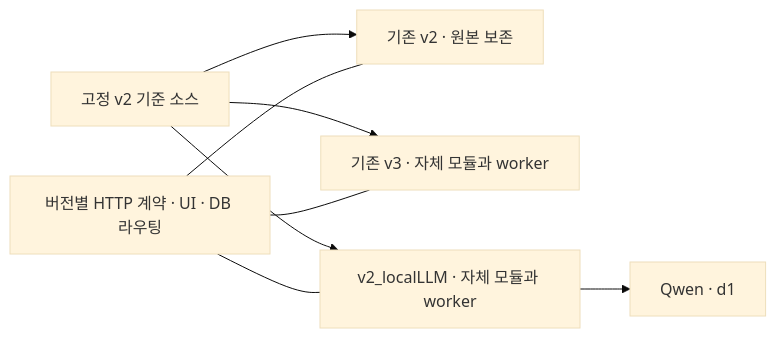
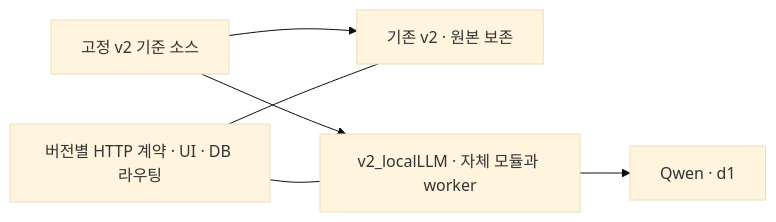
Before and after one commit to SJU-Capstone-2026/K-PLASMA-Analysis-Agent: the first of 4 diagrams in docs/plans/2026-11-12-001-feat-v2-local-llm-plan.md, drawn with Mermaid (base theme). The commit also changed other lines of this file and 181 other files, not shown here.

````diff
--- a/docs/plans/2026-11-12-001-feat-v2-local-llm-plan.md
+++ b/docs/plans/2026-11-12-001-feat-v2-local-llm-plan.md
@@ -133,10 +132,8 @@
 ```mermaid
 flowchart LR
   BASE[고정 v2 기준 소스] --> V2[기존 v2 · 원본 보존]
-  BASE --> V3[기존 v3 · 자체 모듈과 worker]
   BASE --> LOCAL[v2_localLLM · 자체 모듈과 worker]
   LOCAL --> MODELS[Qwen · d1]
   PLATFORM[버전별 HTTP 계약 · UI · DB 라우팅] --- V2
-  PLATFORM --- V3
   PLATFORM --- LOCAL
 ```
````
